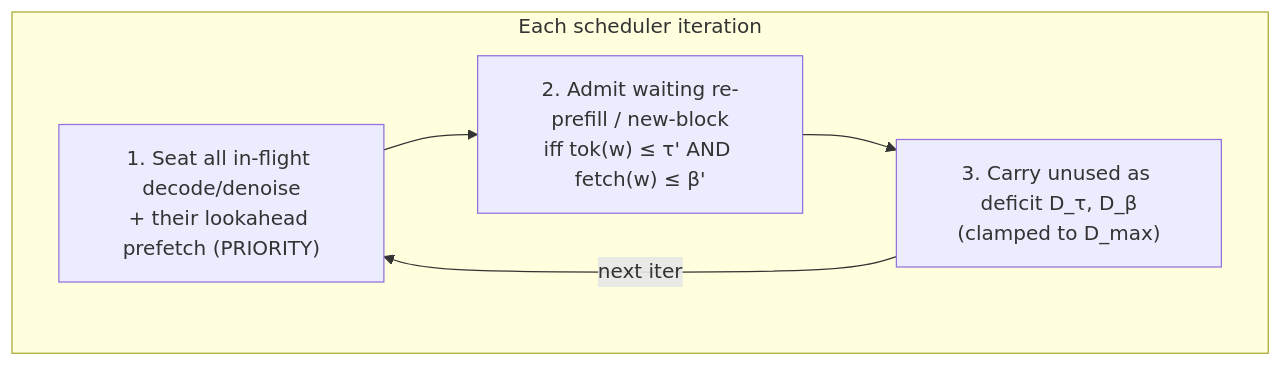
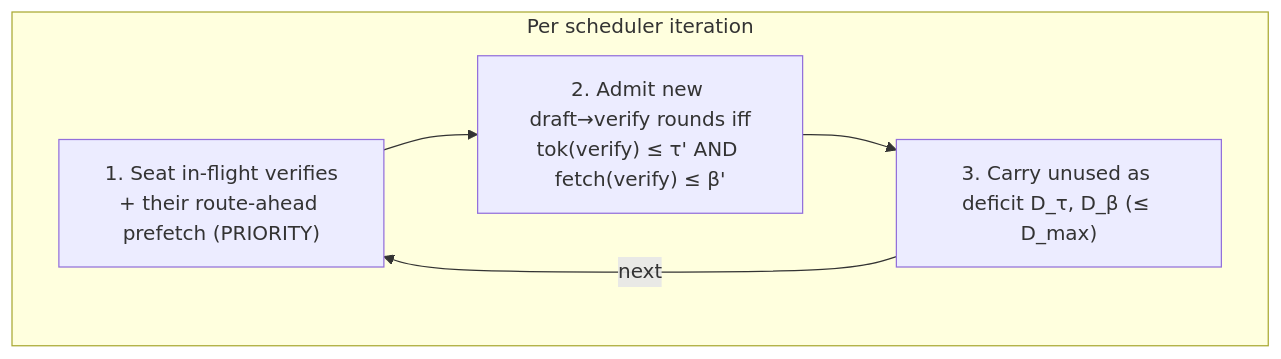
One commit to EfficientMoE/MoE-Infinity changed the third of 3 diagrams in docs/design/pd-dflash-moe-serving.md. Above: the diagram before and after it, drawn with Mermaid. The commit also changed other lines of this file, not shown here.

Commit message:
docs(design): reframe as DFlash speculative decoding (Z Lab); route-ahead expert prefetch; sm_120/RTX PRO 6000 target; Qwen+GPT-OSS generalization

````diff
--- a/docs/design/pd-dflash-moe-serving.md
+++ b/docs/design/pd-dflash-moe-serving.md
@@ -175,10 +170,10 @@
 ```mermaid
 flowchart TB
-  subgraph Iter["Each scheduler iteration"]
-    A["1. Seat all in-flight decode/denoise<br/>+ their lookahead prefetch (PRIORITY)"]
-    B["2. Admit waiting re-prefill / new-block<br/>iff tok(w) ≤ τ' AND fetch(w) ≤ β'"]
-    C["3. Carry unused as deficit D_τ, D_β<br/>(clamped to D_max)"]
+  subgraph Round["Per scheduler iteration"]
+    A["1. Seat in-flight verifies<br/>+ their route-ahead prefetch (PRIORITY)"]
+    B["2. Admit new draft→verify rounds iff<br/>tok(verify) ≤ τ' AND fetch(verify) ≤ β'"]
+    C["3. Carry unused as deficit D_τ, D_β (≤ D_max)"]
     A --> B --> C
   end
-  C -->|next iter| A
+  C -->|next| A
 ```
````
